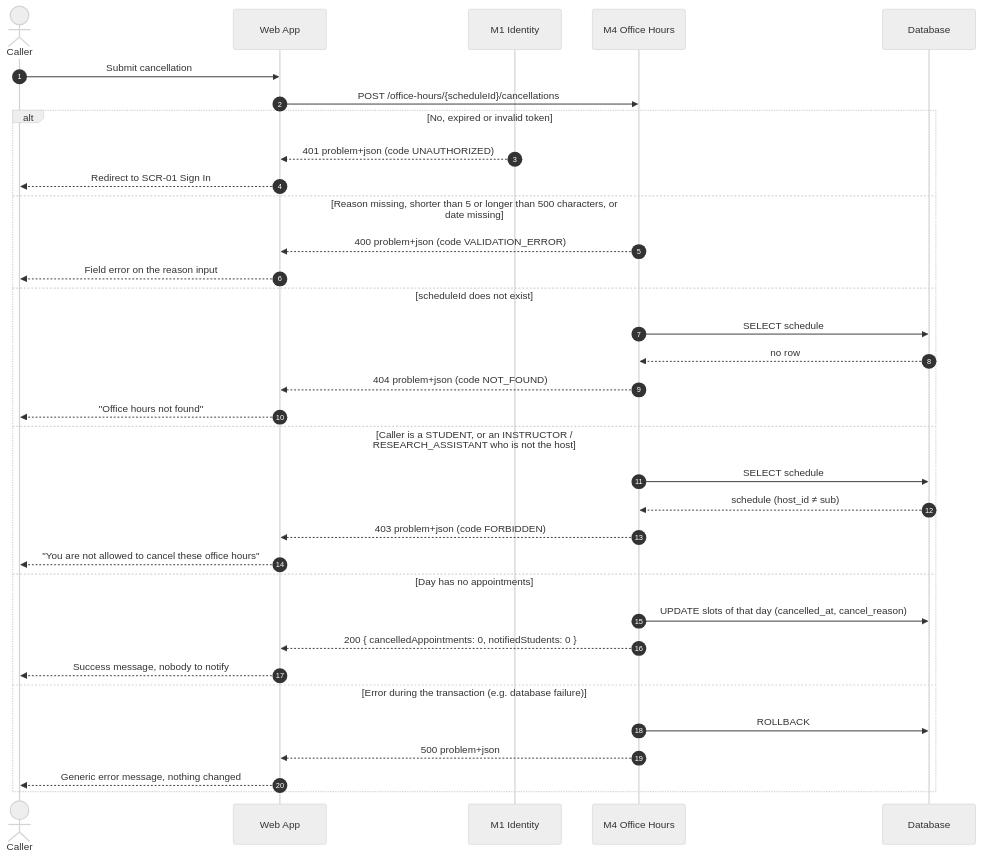
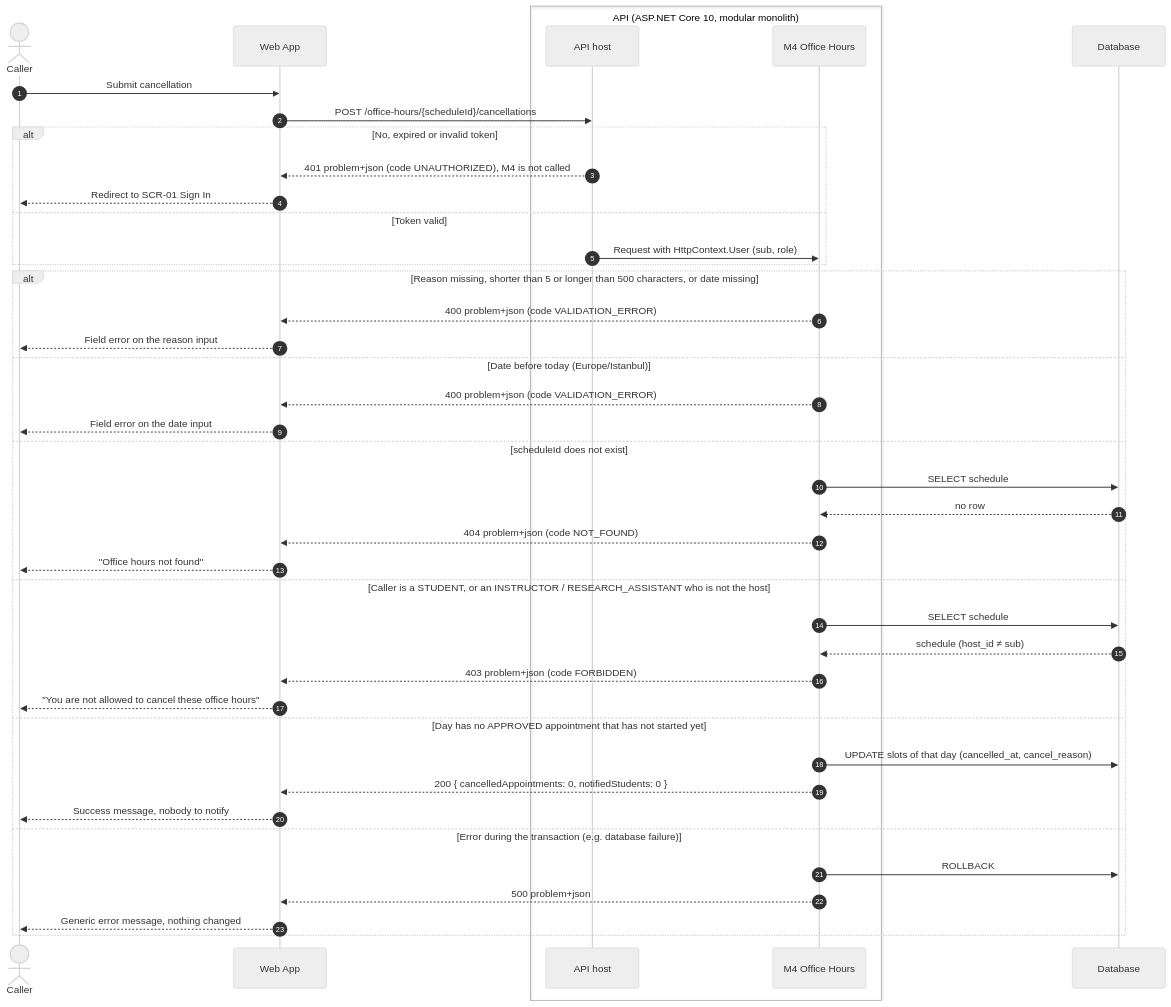
Before and after one commit to bookademic-team/Bookademic: the second of 2 diagrams in docs/architecture/sequence/US-20.md, drawn with Mermaid (neutral theme). The commit also changed other lines of this file, not shown here.

````diff
--- a/docs/architecture/sequence/US-20.md
+++ b/docs/architecture/sequence/US-20.md
@@ -93,38 +100,47 @@
 ```mermaid
 sequenceDiagram
     autonumber
     actor U as Caller
     participant WEB as Web App
-    participant M1 as M1 Identity
-    participant M4 as M4 Office Hours
+    box API (ASP.NET Core 10, modular monolith)
+        participant API as API host
+        participant M4 as M4 Office Hours
+    end
     participant DB as Database
 
     U->>WEB: Submit cancellation
-    WEB->>M4: POST /office-hours/{scheduleId}/cancellations
+    WEB->>API: POST /office-hours/{scheduleId}/cancellations
 
     alt No, expired or invalid token
-        M1-->>WEB: 401 problem+json (code UNAUTHORIZED)
+        API-->>WEB: 401 problem+json (code UNAUTHORIZED), M4 is not called
         WEB-->>U: Redirect to SCR-01 Sign In
-    else Reason missing, shorter than 5 or longer than 500 characters, or date missing
+    else Token valid
+        API->>M4: Request with HttpContext.User (sub, role)
+    end
+
+    alt Reason missing, shorter than 5 or longer than 500 characters, or date missing
         M4-->>WEB: 400 problem+json (code VALIDATION_ERROR)
         WEB-->>U: Field error on the reason input
+    else Date before today (Europe/Istanbul)
+        M4-->>WEB: 400 problem+json (code VALIDATION_ERROR)
+        WEB-->>U: Field error on the date input
     else scheduleId does not exist
         M4->>DB: SELECT schedule
         DB-->>M4: no row
         M4-->>WEB: 404 problem+json (code NOT_FOUND)
         WEB-->>U: "Office hours not found"
     else Caller is a STUDENT, or an INSTRUCTOR / RESEARCH_ASSISTANT who is not the host
         M4->>DB: SELECT schedule
         DB-->>M4: schedule (host_id ≠ sub)
         M4-->>WEB: 403 problem+json (code FORBIDDEN)
         WEB-->>U: "You are not allowed to cancel these office hours"
-    else Day has no appointments
+    else Day has no APPROVED appointment that has not started yet
         M4->>DB: UPDATE slots of that day (cancelled_at, cancel_reason)
         M4-->>WEB: 200 { cancelledAppointments: 0, notifiedStudents: 0 }
         WEB-->>U: Success message, nobody to notify
     else Error during the transaction (e.g. database failure)
         M4->>DB: ROLLBACK
         M4-->>WEB: 500 problem+json
         WEB-->>U: Generic error message, nothing changed
     end
 ```
````
